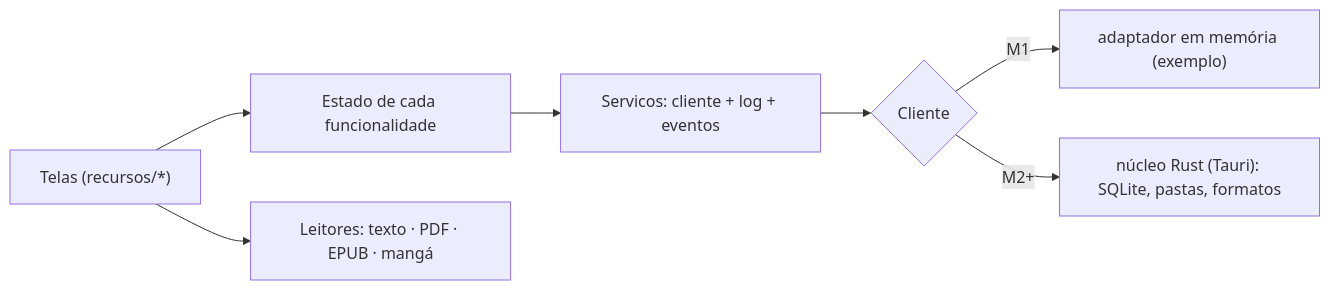
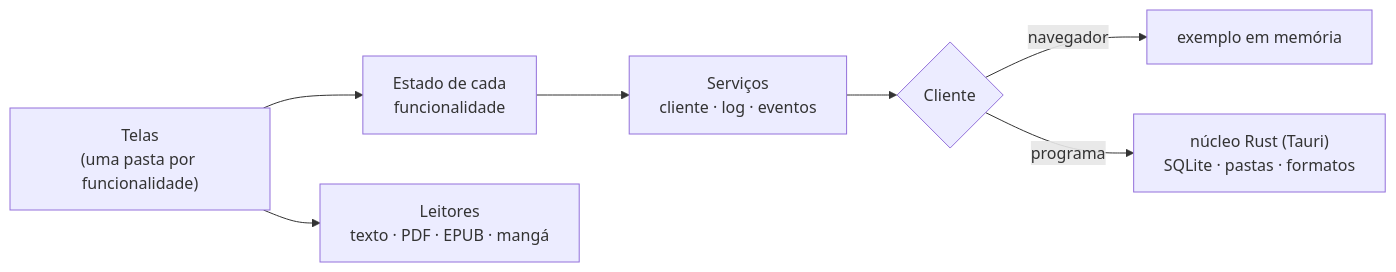
Before and after one commit to Marcelao98/Fierium: the diagram in README.md, drawn with Mermaid. The commit also changed other lines of this file and 9 other files, not shown here.

First line of the commit message:
README novo (o Selo de Fieri, prints, roadmap) e o jornal apontando o próximo passo

````diff
--- a/README.md
+++ b/README.md
@@ -42,8 +88,9 @@
 ```mermaid
 flowchart LR
-  T["Telas (recursos/*)"] --> E["Estado de cada funcionalidade"] --> S["Servicos: cliente + log + eventos"]
+  T["Telas<br/>(uma pasta por funcionalidade)"] --> E["Estado de cada<br/>funcionalidade"]
+  E --> S["Serviços<br/>cliente · log · eventos"]
   S --> C{"Cliente"}
-  C -->|M1| MEM["adaptador em memória (exemplo)"]
-  C -->|M2+| RUST["núcleo Rust (Tauri): SQLite, pastas, formatos"]
-  T --> L["Leitores: texto · PDF · EPUB · mangá"]
+  C -->|navegador| MEM["exemplo em memória"]
+  C -->|programa| RUST["núcleo Rust (Tauri)<br/>SQLite · pastas · formatos"]
+  T --> L["Leitores<br/>texto · PDF · EPUB · mangá"]
 ```
````
